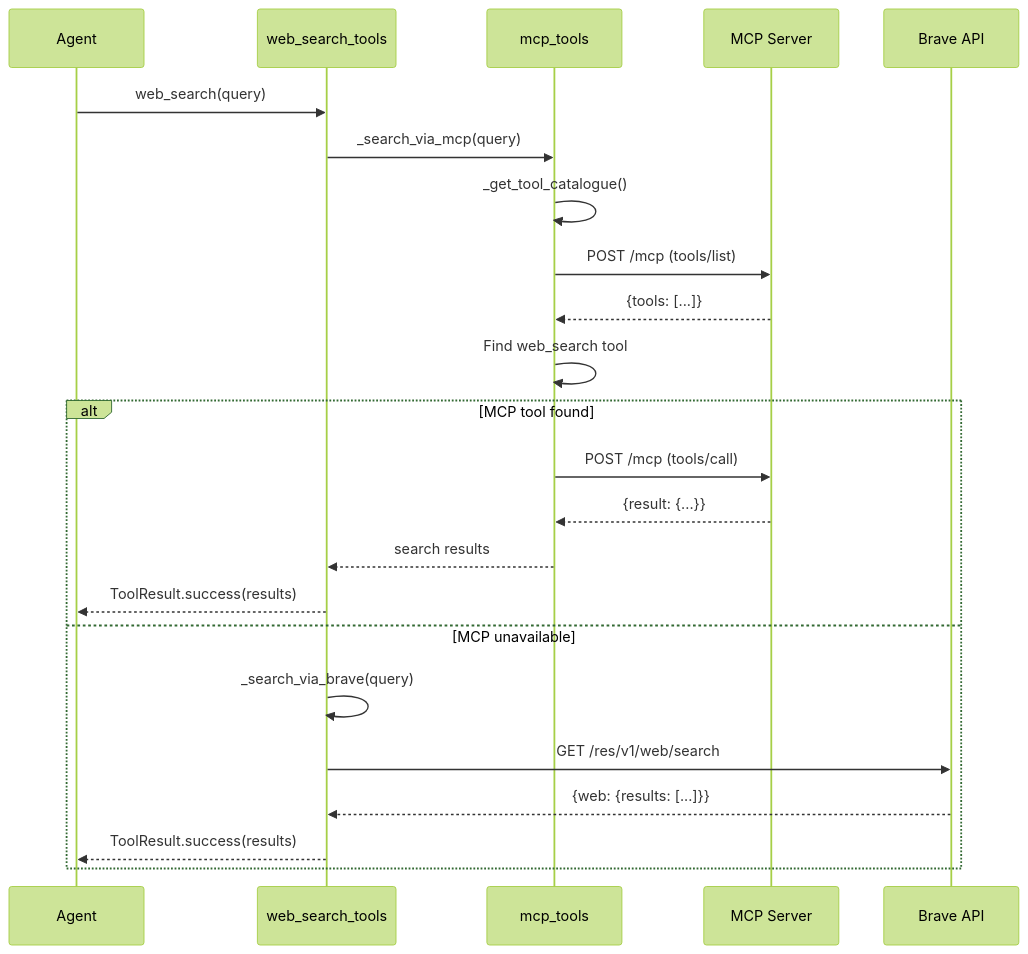
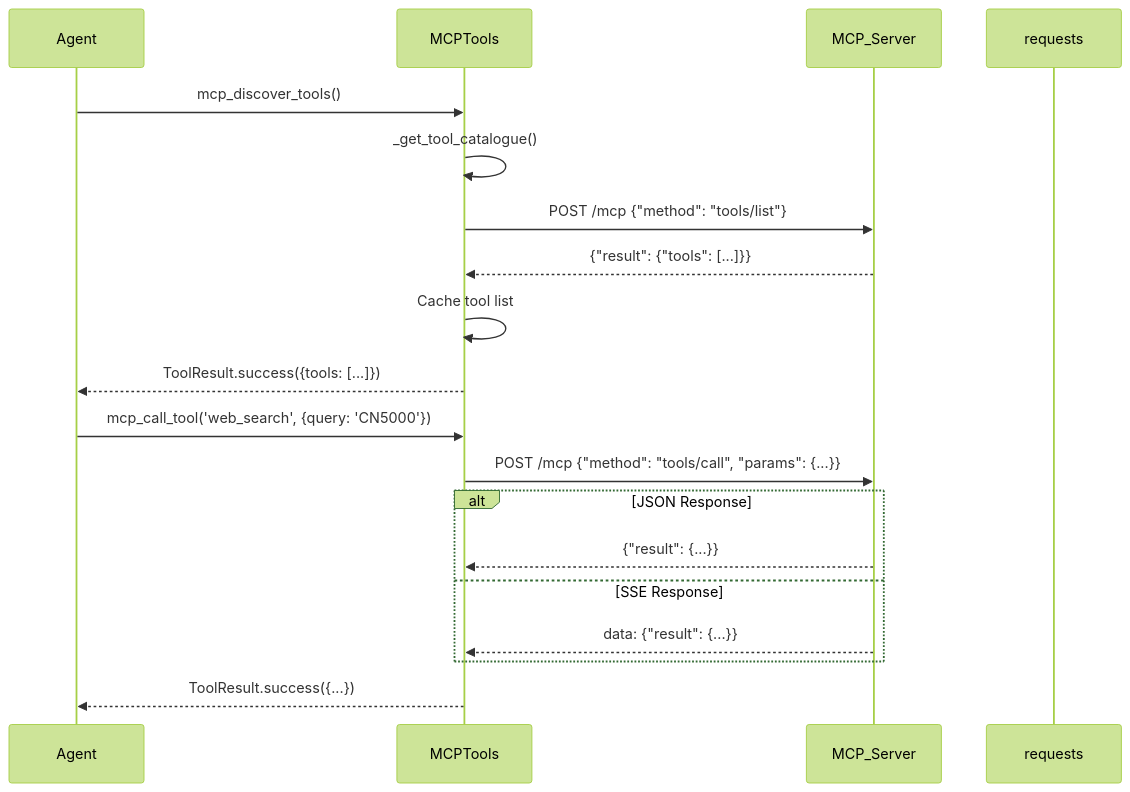
The fourth of 4 diagrams in docs/tools.md (jmac-cornelis/agent-workforce), drawn with Mermaid (forest theme) before and after one commit. The commit also changed other lines of this file and 4 other files, not shown here.

````diff
--- a/docs/tools.md
+++ b/docs/tools.md
@@ -143,27 +137,23 @@
 ```mermaid
 sequenceDiagram
     participant Agent
-    participant web_search_tools
-    participant mcp_tools
-    participant MCP Server
-    participant Brave API
+    participant MCPTools
+    participant MCP_Server
+    participant requests
     
-    Agent->>web_search_tools: web_search(query)
-    web_search_tools->>mcp_tools: _search_via_mcp(query)
-    mcp_tools->>mcp_tools: _get_tool_catalogue()
-    mcp_tools->>MCP Server: POST /mcp (tools/list)
-    MCP Server-->>mcp_tools: {tools: [...]}
-    mcp_tools->>mcp_tools: Find web_search tool
+    Agent->>MCPTools: mcp_discover_tools()
+    MCPTools->>MCPTools: _get_tool_catalogue()
+    MCPTools->>MCP_Server: POST /mcp {"method": "tools/list"}
+    MCP_Server-->>MCPTools: {"result": {"tools": [...]}}
+    MCPTools->>MCPTools: Cache tool list
+    MCPTools-->>Agent: ToolResult.success({tools: [...]})
     
-    alt MCP tool found
-        mcp_tools->>MCP Server: POST /mcp (tools/call)
-        MCP Server-->>mcp_tools: {result: {...}}
-        mcp_tools-->>web_search_tools: search results
-        web_search_tools-->>Agent: ToolResult.success(results)
-    else MCP unavailable
-        web_search_tools->>web_search_tools: _search_via_brave(query)
-        web_search_tools->>Brave API: GET /res/v1/web/search
-        Brave API-->>web_search_tools: {web: {results: [...]}}
-        web_search_tools-->>Agent: ToolResult.success(results)
+    Agent->>MCPTools: mcp_call_tool('web_search', {query: 'CN5000'})
+    MCPTools->>MCP_Server: POST /mcp {"method": "tools/call", "params": {...}}
+    alt JSON Response
+        MCP_Server-->>MCPTools: {"result": {...}}
+    else SSE Response
+        MCP_Server-->>MCPTools: data: {"result": {...}}
     end
+    MCPTools-->>Agent: ToolResult.success({...})
 ```
````
